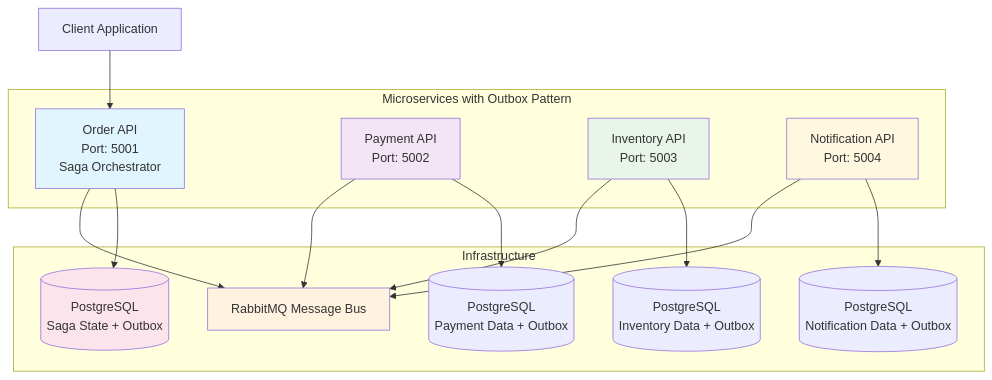
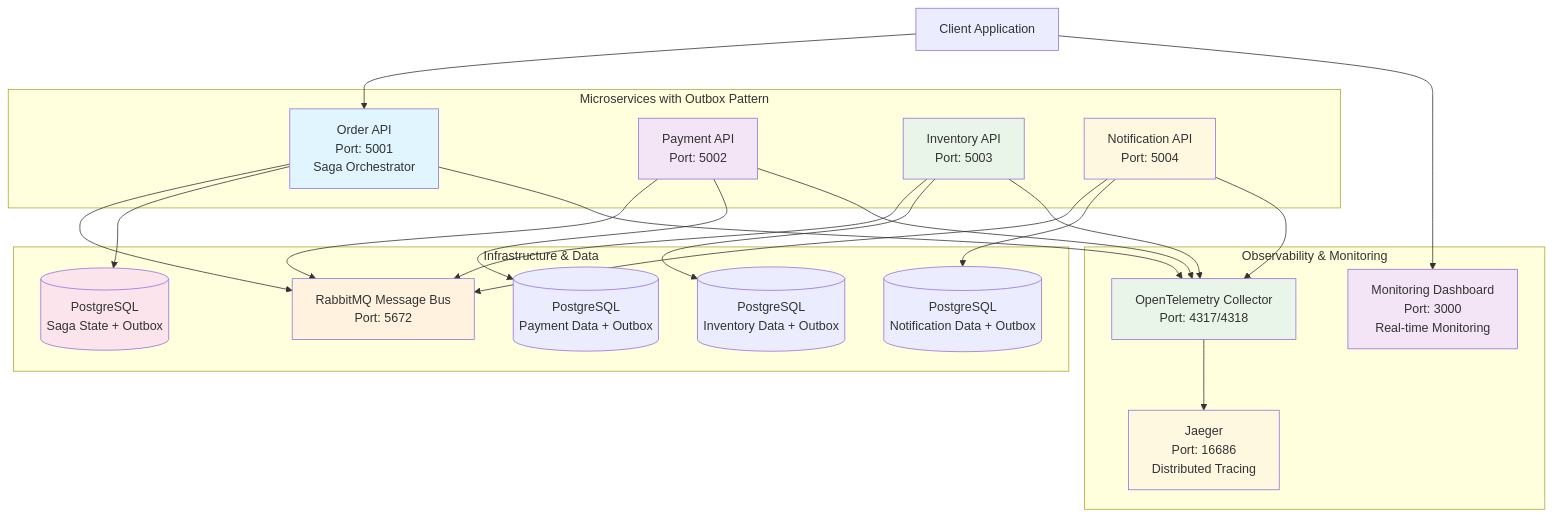
The first of 3 diagrams in README.md (onurkanbakirci/saga-inbox-outbox), drawn with Mermaid before and after one commit. The commit also changed other lines of this file, not shown here.

````diff
--- a/README.md
+++ b/README.md
@@ -7,36 +7,54 @@
 ```mermaid
 graph TB
     Client[Client Application] --> OrderAPI[Order API<br/>Port: 5001<br/>Saga Orchestrator]
+    Client --> MonitoringUI[Monitoring Dashboard<br/>Port: 3000<br/>Real-time Monitoring]
     
-    OrderAPI --> RabbitMQ[RabbitMQ Message Bus]
+    OrderAPI --> RabbitMQ[RabbitMQ Message Bus<br/>Port: 5672]
     PaymentAPI[Payment API<br/>Port: 5002] --> RabbitMQ
     InventoryAPI[Inventory API<br/>Port: 5003] --> RabbitMQ
     NotificationAPI[Notification API<br/>Port: 5004] --> RabbitMQ
     
     OrderAPI --> PostgreSQL[(PostgreSQL<br/>Saga State + Outbox)]
     PaymentAPI --> PaymentDB[(PostgreSQL<br/>Payment Data + Outbox)]
     InventoryAPI --> InventoryDB[(PostgreSQL<br/>Inventory Data + Outbox)]
     NotificationAPI --> NotificationDB[(PostgreSQL<br/>Notification Data + Outbox)]
     
+    %% OpenTelemetry Integration
+    OrderAPI --> OTelCollector[OpenTelemetry Collector<br/>Port: 4317/4318]
+    PaymentAPI --> OTelCollector
+    InventoryAPI --> OTelCollector
+    NotificationAPI --> OTelCollector
+    
+    OTelCollector --> Jaeger[Jaeger<br/>Port: 16686<br/>Distributed Tracing]
+    
     subgraph "Microservices with Outbox Pattern"
         OrderAPI
         PaymentAPI
         InventoryAPI
         NotificationAPI
     end
     
-    subgraph "Infrastructure"
+    subgraph "Infrastructure & Data"
         RabbitMQ
         PostgreSQL
         PaymentDB
         InventoryDB
         NotificationDB
+    end
+    
+    subgraph "Observability & Monitoring"
+        OTelCollector
+        Jaeger
+        MonitoringUI
     end
     
     style OrderAPI fill:#e1f5fe
     style PaymentAPI fill:#f3e5f5
     style InventoryAPI fill:#e8f5e8
     style NotificationAPI fill:#fff8e1
     style RabbitMQ fill:#fff3e0
     style PostgreSQL fill:#fce4ec
+    style OTelCollector fill:#e8f5e8
+    style Jaeger fill:#fff8e1
+    style MonitoringUI fill:#f3e5f5
 ```
````
